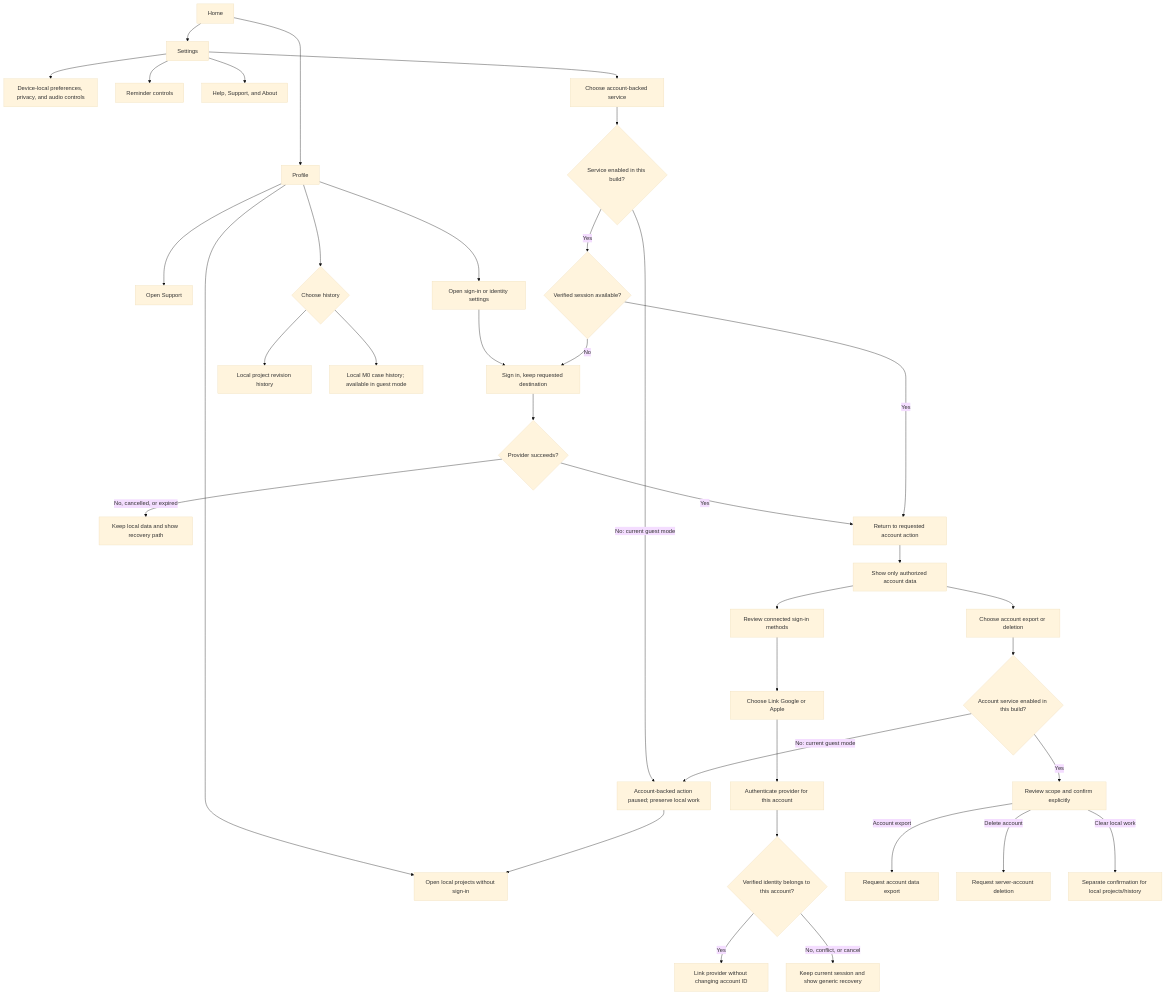
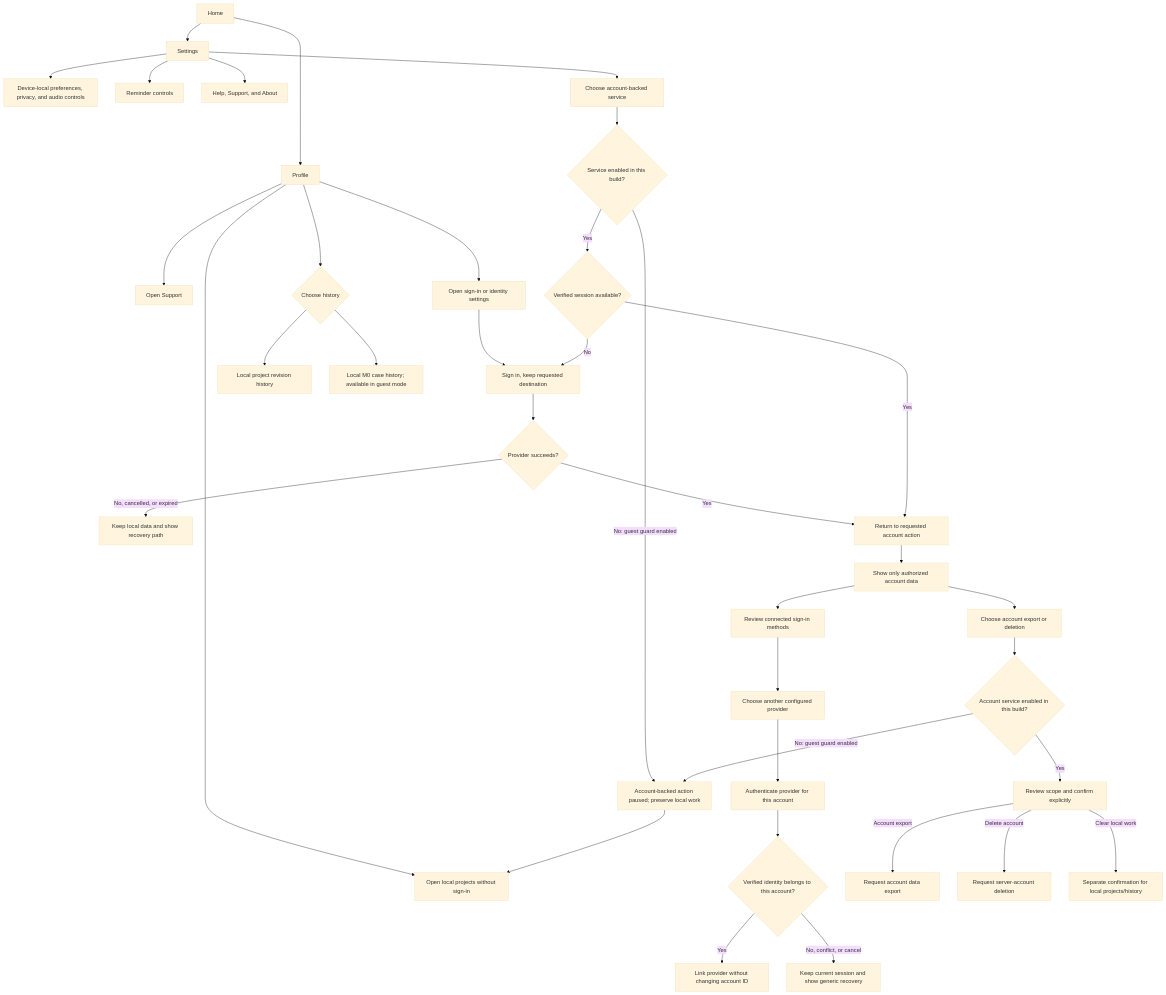
One commit to AndroLay/evidrilo changed the eighth of 12 diagrams in docs/product/workflows.md. Above: the diagram before and after it, drawn with Mermaid (base theme). The commit also changed other lines of this file and 171 other files, not shown here.

```diff
--- a/docs/product/workflows.md
+++ b/docs/product/workflows.md
@@ -414,39 +433,39 @@
 ~~~mermaid
 flowchart TD
     Home[Home] --> Profile[Profile]
     Home --> Settings[Settings]
     Profile --> LocalProjects[Open local projects without sign-in]
     Profile --> Support[Open Support]
     Profile --> AccountAction[Open sign-in or identity settings]
     Settings --> Preferences[Device-local preferences, privacy, and audio controls]
     Settings --> Reminders[Reminder controls]
     Settings --> Help[Help, Support, and About]
     Settings --> Protected[Choose account-backed service]
     Protected --> ServiceReady{Service enabled in this build?}
-    ServiceReady -->|No: current guest mode| Paused[Account-backed action paused; preserve local work]
+    ServiceReady -->|No: guest guard enabled| Paused[Account-backed action paused; preserve local work]
     Paused --> LocalProjects
     ServiceReady -->|Yes| Gate{Verified session available?}
     AccountAction --> Auth
     Gate -->|No| Auth[Sign in, keep requested destination]
     Auth --> AuthResult{Provider succeeds?}
     AuthResult -->|No, cancelled, or expired| Return[Keep local data and show recovery path]
     AuthResult -->|Yes| Destination[Return to requested account action]
     Gate -->|Yes| Destination
     Destination --> AccountData[Show only authorized account data]
     AccountData --> ConnectedMethods[Review connected sign-in methods]
-    ConnectedMethods --> LinkProvider[Choose Link Google or Apple]
+    ConnectedMethods --> LinkProvider[Choose another configured provider]
     LinkProvider --> Reauthenticate[Authenticate provider for this account]
     Reauthenticate --> LinkCheck{Verified identity belongs to this account?}
     LinkCheck -->|Yes| Linked[Link provider without changing account ID]
     LinkCheck -->|No, conflict, or cancel| LinkRecovery[Keep current session and show generic recovery]
     Profile --> HistoryChoice{Choose history}
     HistoryChoice --> ProjectHistory[Local project revision history]
     HistoryChoice --> CaseHistory[Local M0 case history; available in guest mode]
     AccountData --> Delete[Choose account export or deletion]
     Delete --> AccountServiceReady{Account service enabled in this build?}
-    AccountServiceReady -->|No: current guest mode| Paused
+    AccountServiceReady -->|No: guest guard enabled| Paused
     AccountServiceReady -->|Yes| Confirm[Review scope and confirm explicitly]
     Confirm -->|Account export| Export[Request account data export]
     Confirm -->|Delete account| DeleteAccount[Request server-account deletion]
     Confirm -->|Clear local work| ClearLocal[Separate confirmation for local projects/history]
 ~~~
```
